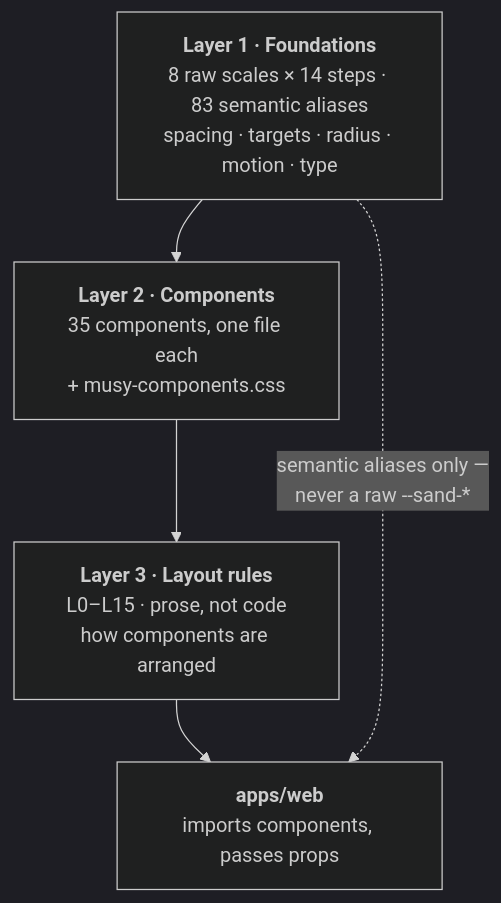
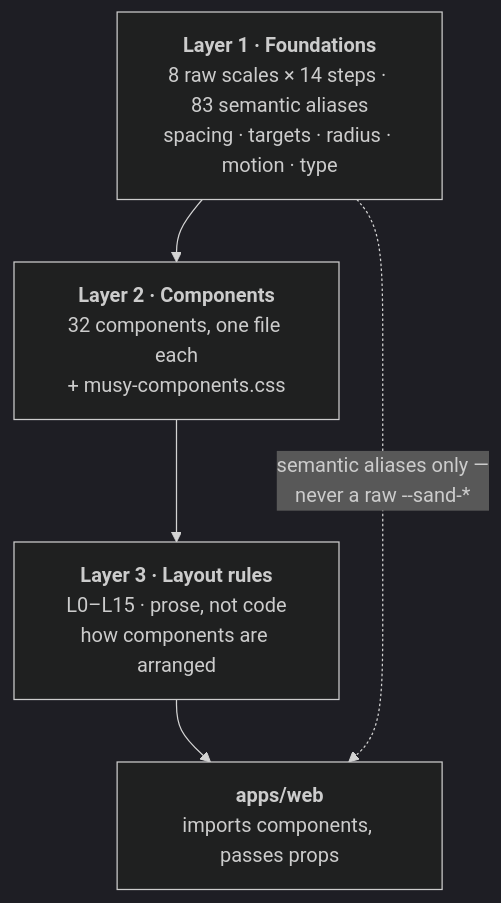
Before and after one commit to product-ben/musie: the diagram in apps/docs/design/index.md, drawn with Mermaid (dark theme). The commit also changed other lines of this file and 7 other files, not shown here.

````diff
--- a/apps/docs/design/index.md
+++ b/apps/docs/design/index.md
@@ -7,9 +7,9 @@
 ```mermaid
 flowchart TB
   L1["<b>Layer 1 · Foundations</b><br/>8 raw scales × 14 steps · 83 semantic aliases<br/>spacing · targets · radius · motion · type"]
-  L2["<b>Layer 2 · Components</b><br/>35 components, one file each<br/>+ musy-components.css"]
+  L2["<b>Layer 2 · Components</b><br/>32 components, one file each<br/>+ musy-components.css"]
   L3["<b>Layer 3 · Layout rules</b><br/>L0–L15 · prose, not code<br/>how components are arranged"]
   APP["<b>apps/web</b><br/>imports components, passes props"]
   L1 --> L2 --> L3 --> APP
   L1 -.->|"semantic aliases only —<br/>never a raw --sand-*"| APP
 ```
````
